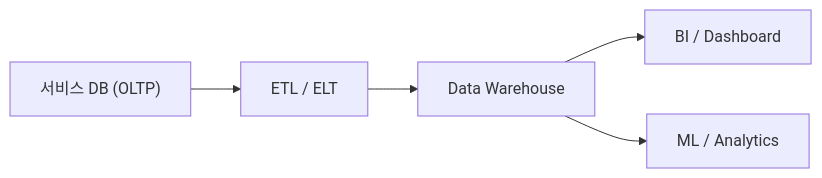
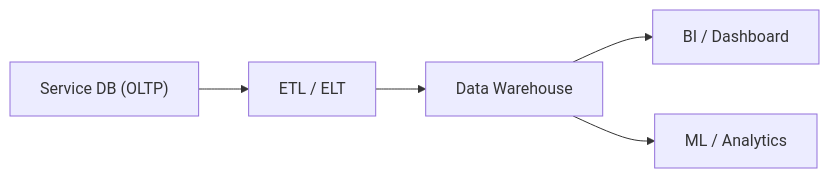
Before and after one commit to yeongseon-books/book-content: the diagram in content/data-warehouse-101/ko/01-what-is-data-warehouse.md, drawn with Mermaid. The commit also changed other lines of this file and 9 other files, not shown here.

````diff
--- a/content/data-warehouse-101/ko/01-what-is-data-warehouse.md
+++ b/content/data-warehouse-101/ko/01-what-is-data-warehouse.md
@@ -35,7 +53,7 @@
 ```mermaid
 flowchart LR
-    Service["서비스 DB (OLTP)"] --> ETL["ETL / ELT"]
+    Service["Service DB (OLTP)"] --> ETL["ETL / ELT"]
     ETL --> DW["Data Warehouse"]
     DW --> BI["BI / Dashboard"]
     DW --> ML["ML / Analytics"]
 ```
````
